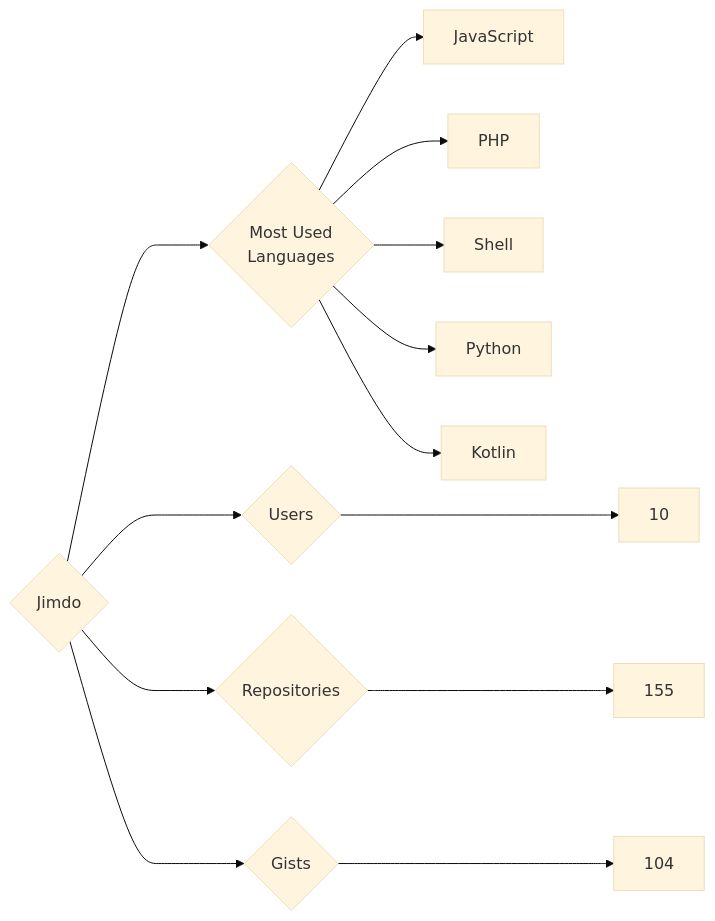
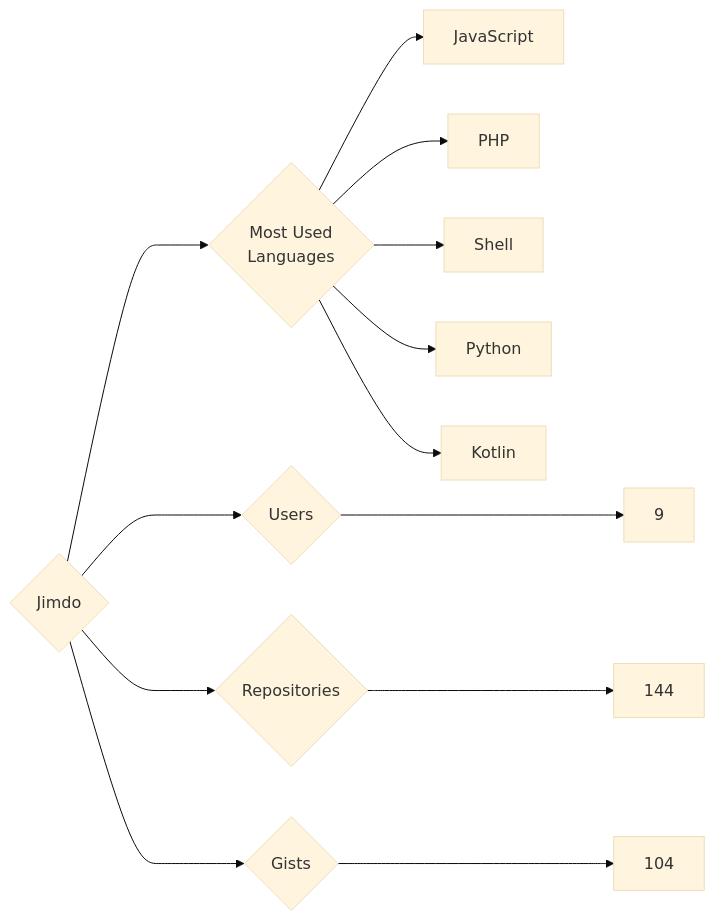
One commit to trickest/insiders changed the diagram in targets/Jimdo/README.md. Above: the diagram before and after it, drawn with Mermaid (base theme). The commit also changed 718 other files, not shown here.

````diff
--- a/targets/Jimdo/README.md
+++ b/targets/Jimdo/README.md
@@ -3,13 +3,13 @@
 ```mermaid
 graph LR
 COMPANY_NAME{Jimdo}
-COMPANY_NAME ---> U{Users} ---> UN[10]
-COMPANY_NAME ---> R{Repositories} ---> RN[155]
+COMPANY_NAME ---> U{Users} ---> UN[9]
+COMPANY_NAME ---> R{Repositories} ---> RN[144]
 COMPANY_NAME ---> G{Gists} ---> GN[104]
 COMPANY_NAME ---> ML{Most Used<br>Languages}
 ML --> JavaScript[JavaScript]
 ML --> PHP[PHP]
 ML --> Shell[Shell]
 ML --> Python[Python]
 ML --> Kotlin[Kotlin]
 ```
````
